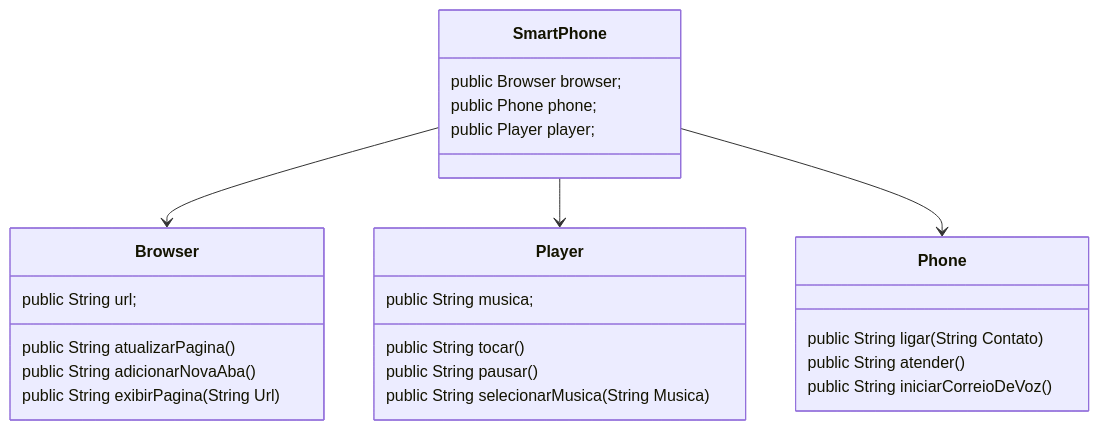
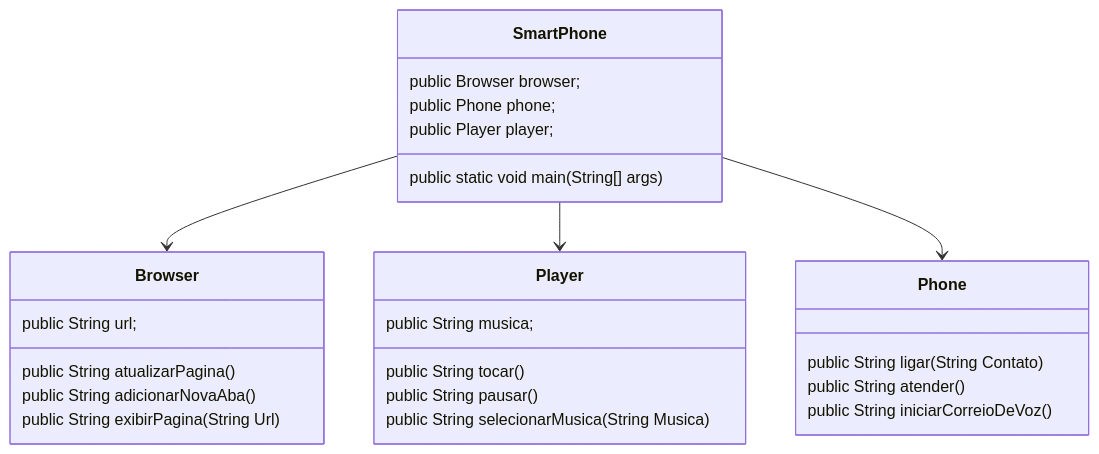
The diagram in README.md (Dagobertodesousa/UML-IPhone), drawn with Mermaid before and after one commit.

````diff
--- a/README.md
+++ b/README.md
@@ -20,32 +20,33 @@
 ```mermaid
 classDiagram
   class Browser{
     public String url;
     public String atualizarPagina()
     public String adicionarNovaAba()
     public String exibirPagina(String Url)
   }
 
   class Phone{
     public String ligar(String Contato)
     public String atender()
     public String iniciarCorreioDeVoz()
   }
 
   class Player{
     public String musica;
     public String tocar()
     public String pausar()
     public String selecionarMusica(String Musica)
   }
 
   class SmartPhone{
     public Browser browser;
     public Phone phone;
     public Player player;
+    public static void main(String[] args)
   }
 
   SmartPhone --> Browser
   SmartPhone --> Player
   SmartPhone --> Phone
 ```
````
